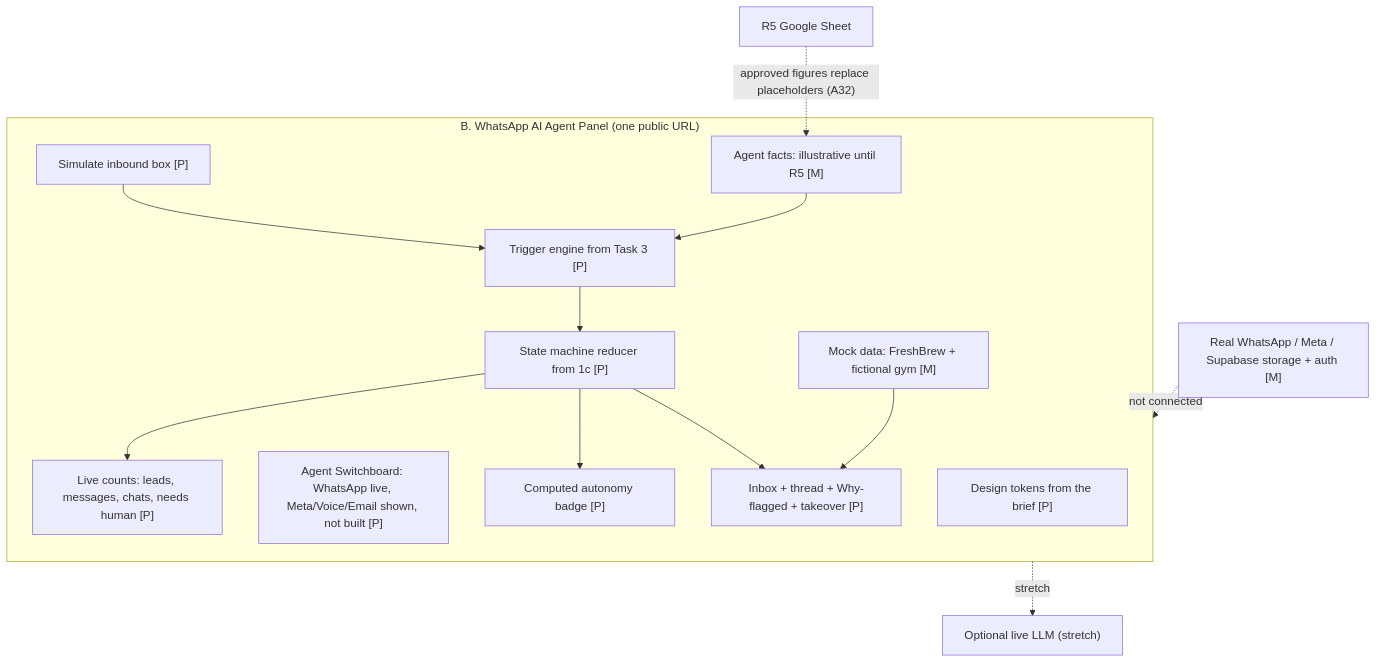
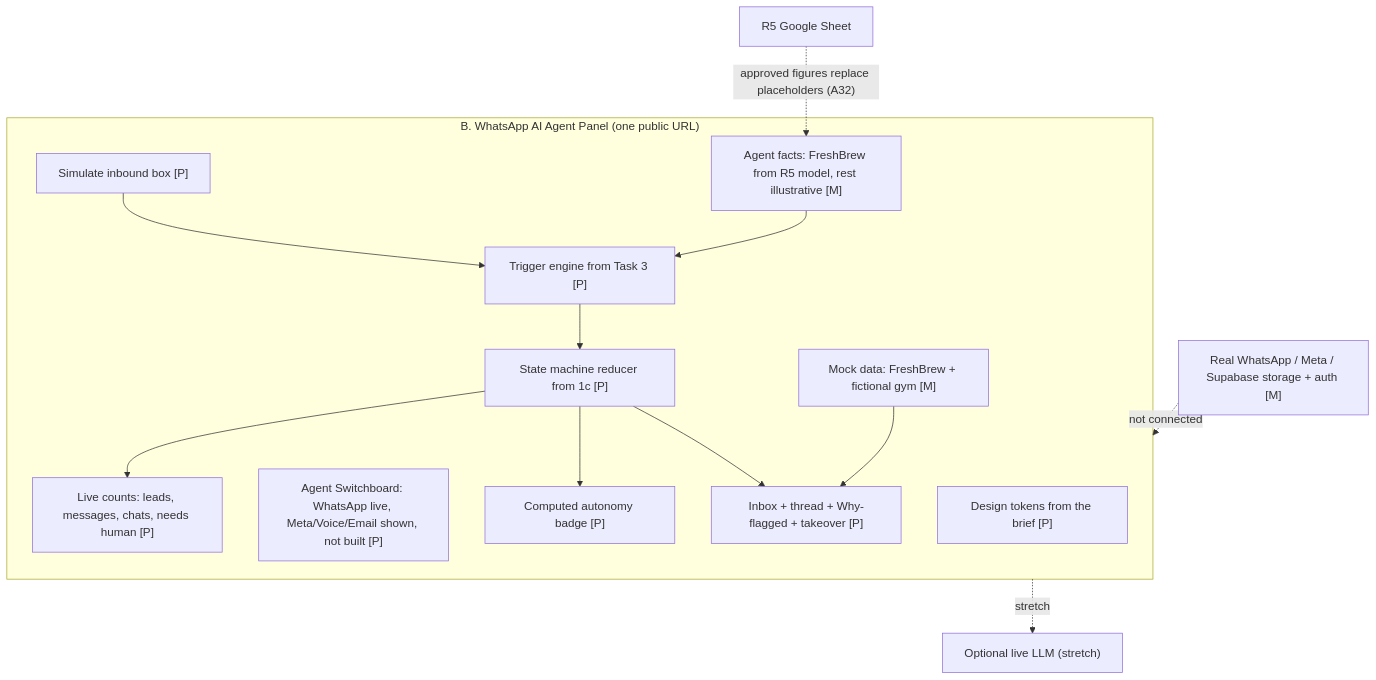
The sixth of 11 diagrams in docs/architecture.md (bhawnamanglapm/Franchise-in-a-Box-OS), drawn with Mermaid before and after one commit. The commit also changed other lines of this file and 12 other files, not shown here.

````diff
--- a/docs/architecture.md
+++ b/docs/architecture.md
@@ -206,26 +206,26 @@
 ```mermaid
 flowchart TB
   subgraph PB["B. WhatsApp AI Agent Panel (one public URL)"]
     TOK["Design tokens from the brief [P]"]
     SW["Agent Switchboard: WhatsApp live, Meta/Voice/Email shown, not built [P]"]
     LS["Live counts: leads, messages, chats, needs human [P]"]
     B1["Simulate inbound box [P]"]
     B2["Trigger engine from Task 3 [P]"]
     B3["State machine reducer from 1c [P]"]
     B4["Inbox + thread + Why-flagged + takeover [P]"]
     BG["Computed autonomy badge [P]"]
     MD["Mock data: FreshBrew + fictional gym [M]"]
-    FX["Agent facts: illustrative until R5 [M]"]
+    FX["Agent facts: FreshBrew from R5 model, rest illustrative [M]"]
   end
   R5S["R5 Google Sheet"]
   LLM2["Optional live LLM (stretch)"]
   EXT["Real WhatsApp / Meta / Supabase storage + auth [M]"]
   B1 --> B2 --> B3 --> B4
   B3 --> BG
   B3 --> LS
   MD --> B4
   FX --> B2
   R5S -. "approved figures replace placeholders (A32)" .-> FX
   PB -. "stretch" .-> LLM2
   EXT -. "not connected" .-> PB
 ```
````
